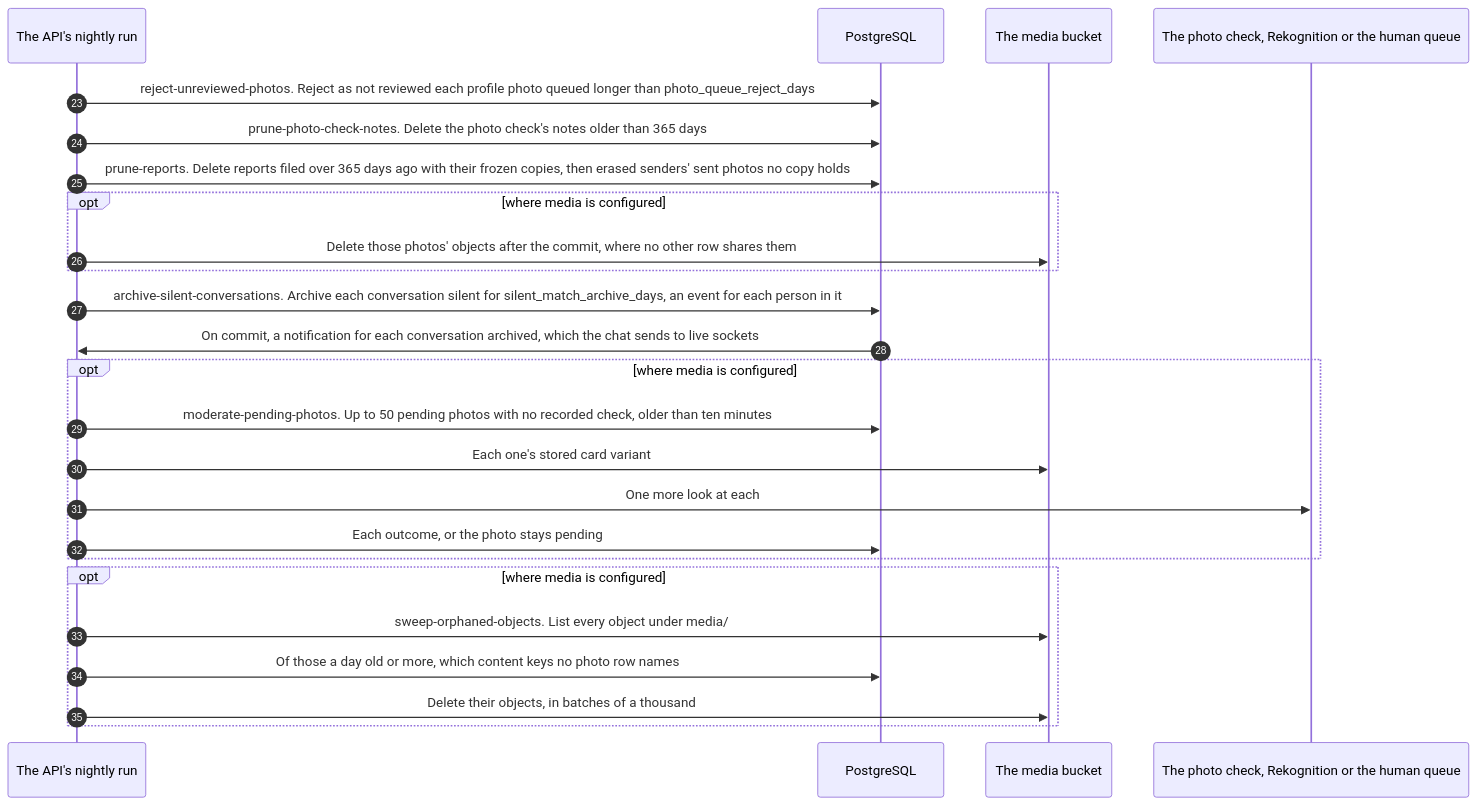
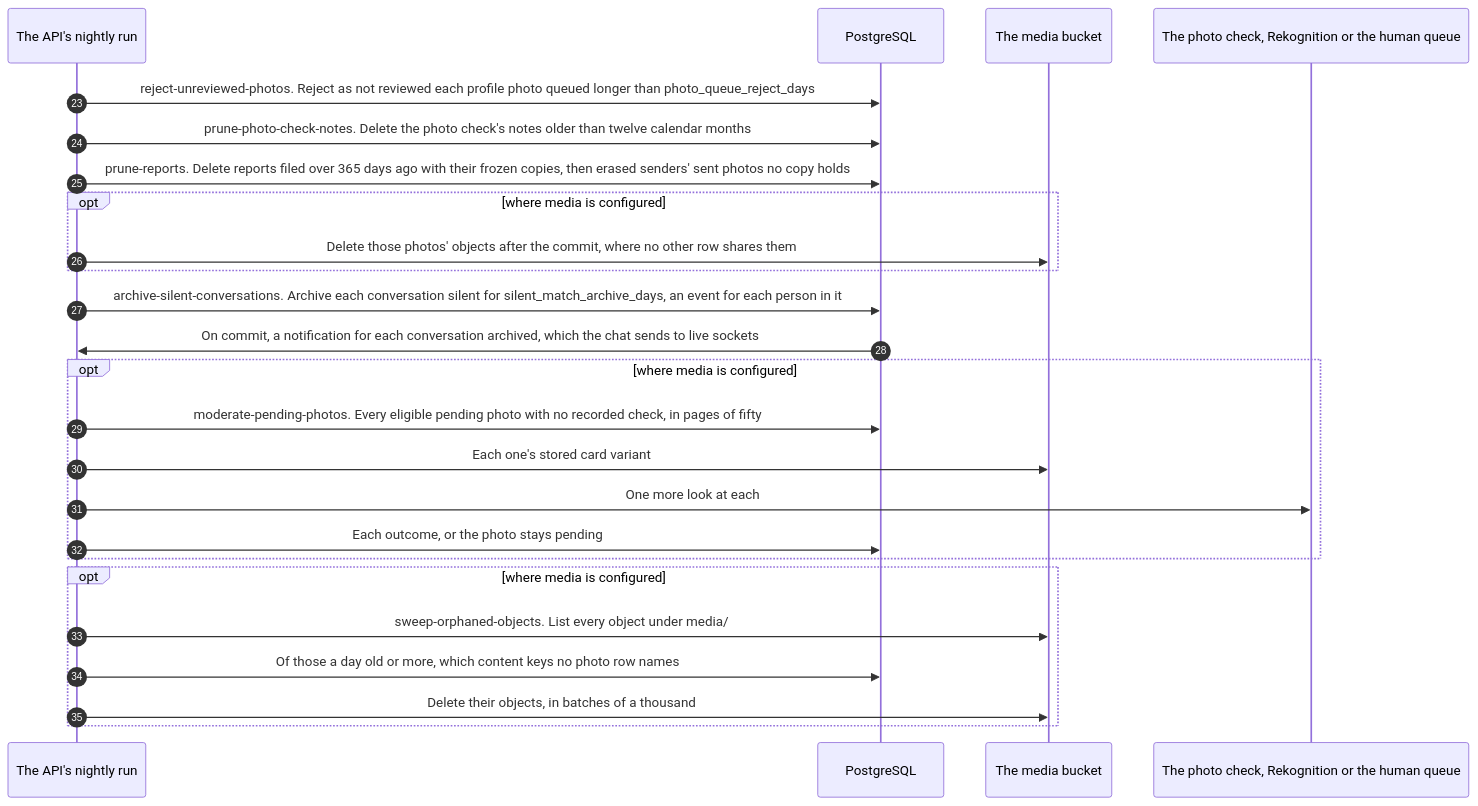
Before and after one commit to kuutti-ry/kuutti-app: the fourth of 4 diagrams in docs/architecture/sequence-night.md, drawn with Mermaid. The commit also changed other lines of this file and 158 other files, not shown here.

````diff
--- a/docs/architecture/sequence-night.md
+++ b/docs/architecture/sequence-night.md
@@ -134,29 +134,29 @@
 ```mermaid
 sequenceDiagram
   accTitle: The night's jobs, part 4: photos, reports and silent conversations
   accDescr: Profile photos nobody decided in time are rejected as not reviewed. Last, the sweep deletes the objects under media/ that are a day old or more and that no photo row names. The photo check's notes and the reports past twelve months are deleted, and with the reports the sent photos of erased people that no copy holds any more, objects included. Silent conversations are archived, and the chat tells the open sockets. Where media is configured, photos the automatic check missed get one more look.
   autonumber 23
   participant api as The API's nightly run
   participant db as PostgreSQL
   participant bucket as The media bucket
   participant check as The photo check, Rekognition or the human queue
   api->>db: reject-unreviewed-photos. Reject as not reviewed each profile photo queued longer than photo_queue_reject_days
-  api->>db: prune-photo-check-notes. Delete the photo check's notes older than 365 days
+  api->>db: prune-photo-check-notes. Delete the photo check's notes older than twelve calendar months
   api->>db: prune-reports. Delete reports filed over 365 days ago with their frozen copies, then erased senders' sent photos no copy holds
   opt where media is configured
     api->>bucket: Delete those photos' objects after the commit, where no other row shares them
   end
   api->>db: archive-silent-conversations. Archive each conversation silent for silent_match_archive_days, an event for each person in it
   db->>api: On commit, a notification for each conversation archived, which the chat sends to live sockets
   opt where media is configured
-    api->>db: moderate-pending-photos. Up to 50 pending photos with no recorded check, older than ten minutes
+    api->>db: moderate-pending-photos. Every eligible pending photo with no recorded check, in pages of fifty
     api->>bucket: Each one's stored card variant
     api->>check: One more look at each
     api->>db: Each outcome, or the photo stays pending
   end
   opt where media is configured
     api->>bucket: sweep-orphaned-objects. List every object under media/
     api->>db: Of those a day old or more, which content keys no photo row names
     api->>bucket: Delete their objects, in batches of a thousand
   end
 ```
````
